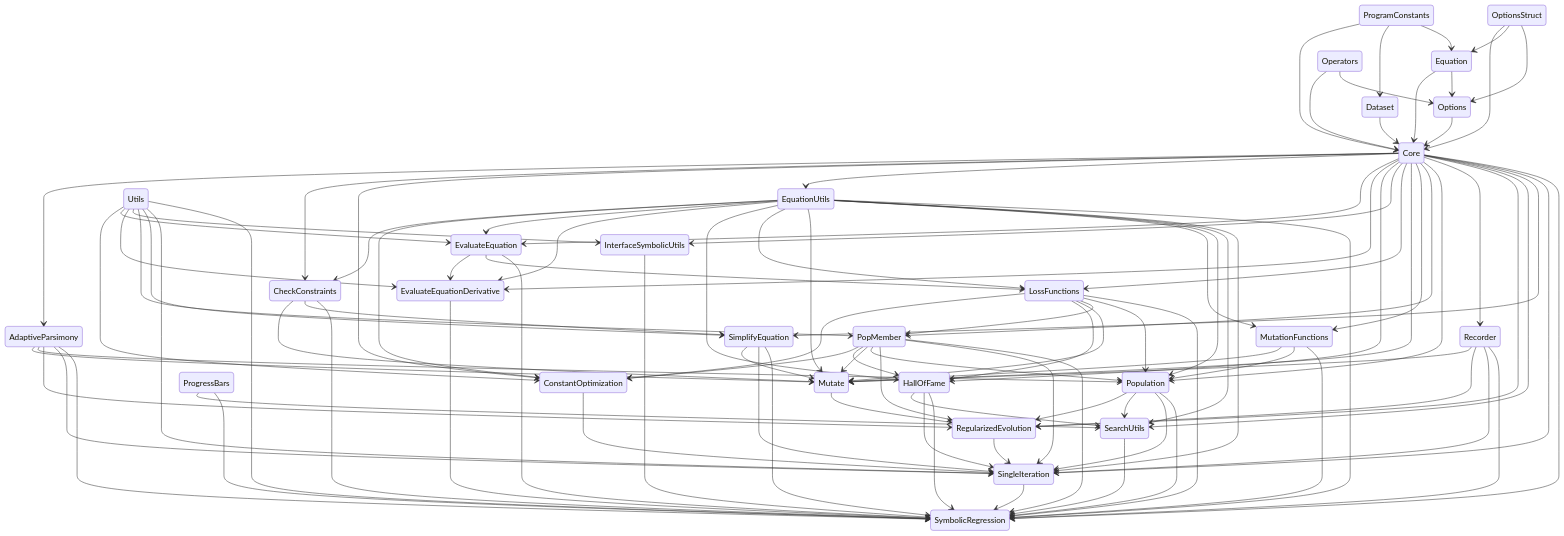
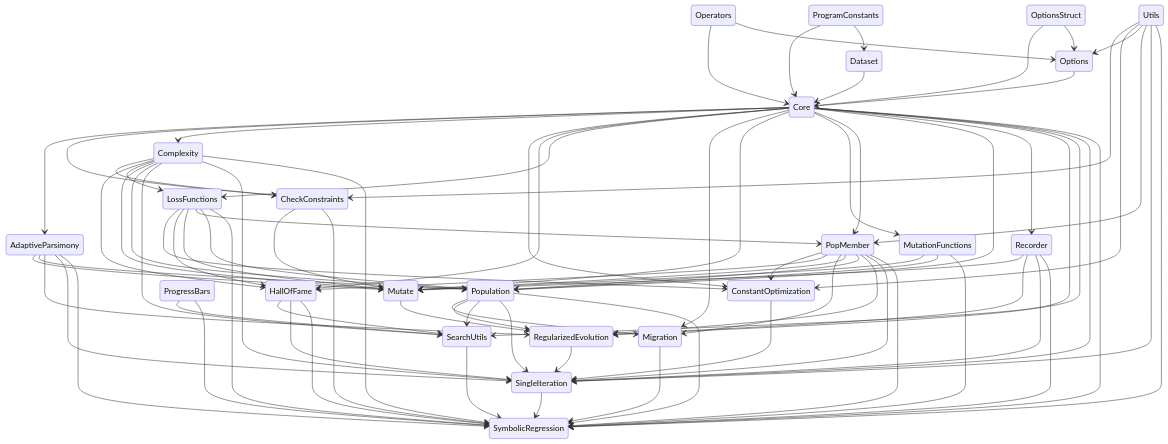
One commit to MilesCranmer/SymbolicRegression.jl changed the diagram in README.md. Above: the diagram before and after it, drawn with Mermaid.

Commit message:
Update code structure diagram

````diff
--- a/README.md
+++ b/README.md
@@ -140,18 +140,23 @@
 AdaptiveParsimony --> SingleIteration
 AdaptiveParsimony --> SymbolicRegression
 CheckConstraints --> Mutate
-CheckConstraints --> SimplifyEquation
 CheckConstraints --> SymbolicRegression
+Complexity --> CheckConstraints
+Complexity --> HallOfFame
+Complexity --> LossFunctions
+Complexity --> Mutate
+Complexity --> Population
+Complexity --> SearchUtils
+Complexity --> SingleIteration
+Complexity --> SymbolicRegression
 ConstantOptimization --> SingleIteration
 Core --> AdaptiveParsimony
 Core --> CheckConstraints
+Core --> Complexity
 Core --> ConstantOptimization
-Core --> EquationUtils
-Core --> EvaluateEquation
-Core --> EvaluateEquationDerivative
 Core --> HallOfFame
-Core --> InterfaceSymbolicUtils
 Core --> LossFunctions
+Core --> Migration
 Core --> Mutate
 Core --> MutationFunctions
 Core --> PopMember
@@ -159,38 +164,19 @@
 Core --> Recorder
 Core --> RegularizedEvolution
 Core --> SearchUtils
-Core --> SimplifyEquation
 Core --> SingleIteration
 Core --> SymbolicRegression
 Dataset --> Core
-Equation --> Core
-Equation --> Options
-EquationUtils --> CheckConstraints
-EquationUtils --> ConstantOptimization
-EquationUtils --> EvaluateEquation
-EquationUtils --> EvaluateEquationDerivative
-EquationUtils --> HallOfFame
-EquationUtils --> LossFunctions
-EquationUtils --> Mutate
-EquationUtils --> MutationFunctions
-EquationUtils --> Population
-EquationUtils --> SearchUtils
-EquationUtils --> SingleIteration
-EquationUtils --> SymbolicRegression
-EvaluateEquation --> EvaluateEquationDerivative
-EvaluateEquation --> LossFunctions
-EvaluateEquation --> SymbolicRegression
-EvaluateEquationDerivative --> SymbolicRegression
 HallOfFame --> SearchUtils
 HallOfFame --> SingleIteration
 HallOfFame --> SymbolicRegression
-InterfaceSymbolicUtils --> SymbolicRegression
 LossFunctions --> ConstantOptimization
 LossFunctions --> HallOfFame
 LossFunctions --> Mutate
 LossFunctions --> PopMember
 LossFunctions --> Population
 LossFunctions --> SymbolicRegression
+Migration --> SymbolicRegression
 Mutate --> RegularizedEvolution
 MutationFunctions --> Mutate
 MutationFunctions --> Population
@@ -199,22 +185,22 @@
 Operators --> Options
 Options --> Core
 OptionsStruct --> Core
-OptionsStruct --> Equation
 OptionsStruct --> Options
 PopMember --> ConstantOptimization
 PopMember --> HallOfFame
+PopMember --> Migration
 PopMember --> Mutate
 PopMember --> Population
 PopMember --> RegularizedEvolution
 PopMember --> SingleIteration
 PopMember --> SymbolicRegression
+Population --> Migration
 Population --> RegularizedEvolution
 Population --> SearchUtils
 Population --> SingleIteration
 Population --> SymbolicRegression
 ProgramConstants --> Core
 ProgramConstants --> Dataset
-ProgramConstants --> Equation
 ProgressBars --> SearchUtils
 ProgressBars --> SymbolicRegression
 Recorder --> Mutate
@@ -223,16 +209,11 @@
 Recorder --> SymbolicRegression
 RegularizedEvolution --> SingleIteration
 SearchUtils --> SymbolicRegression
-SimplifyEquation --> Mutate
-SimplifyEquation --> SingleIteration
-SimplifyEquation --> SymbolicRegression
 SingleIteration --> SymbolicRegression
+Utils --> CheckConstraints
 Utils --> ConstantOptimization
-Utils --> EvaluateEquation
-Utils --> EvaluateEquationDerivative
-Utils --> InterfaceSymbolicUtils
+Utils --> Options
 Utils --> PopMember
-Utils --> SimplifyEquation
 Utils --> SingleIteration
 Utils --> SymbolicRegression
 ```
````
